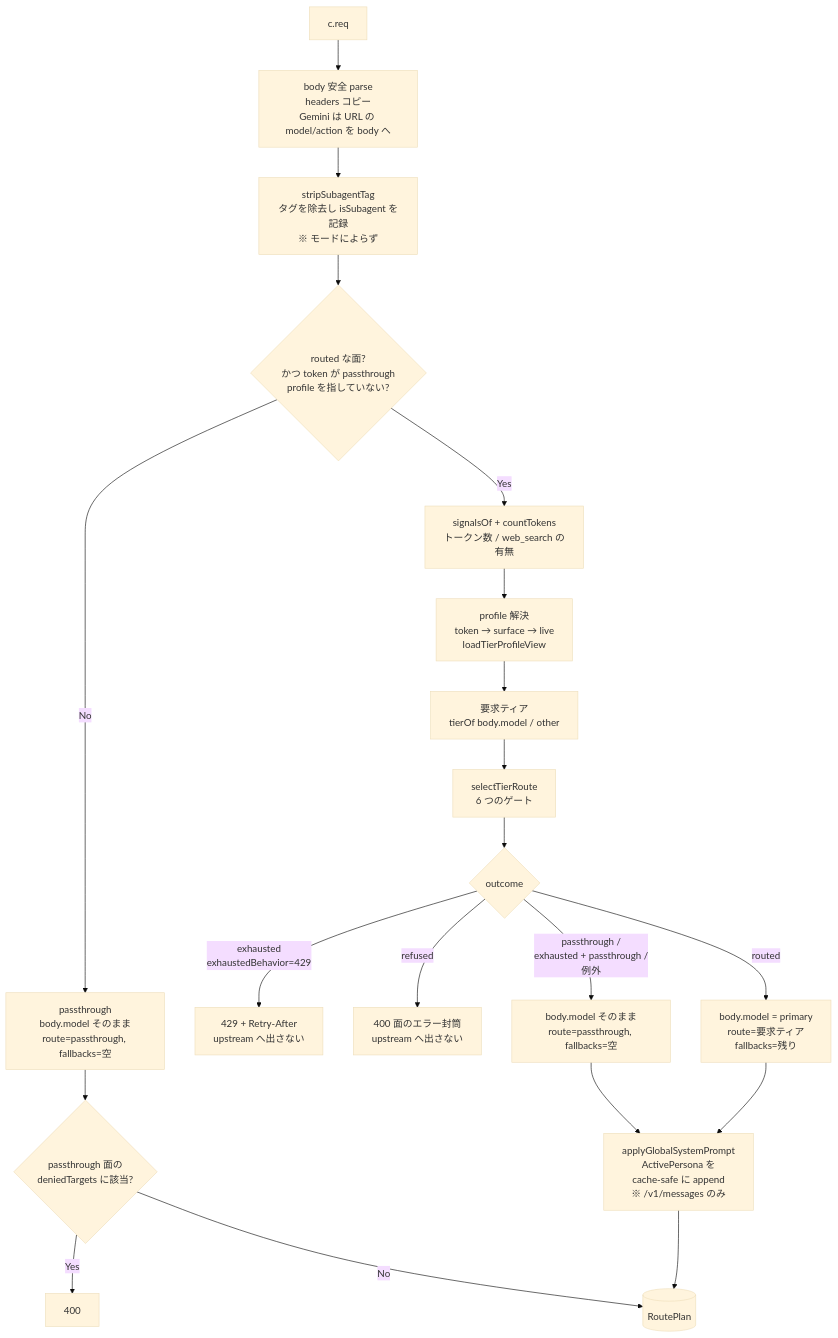
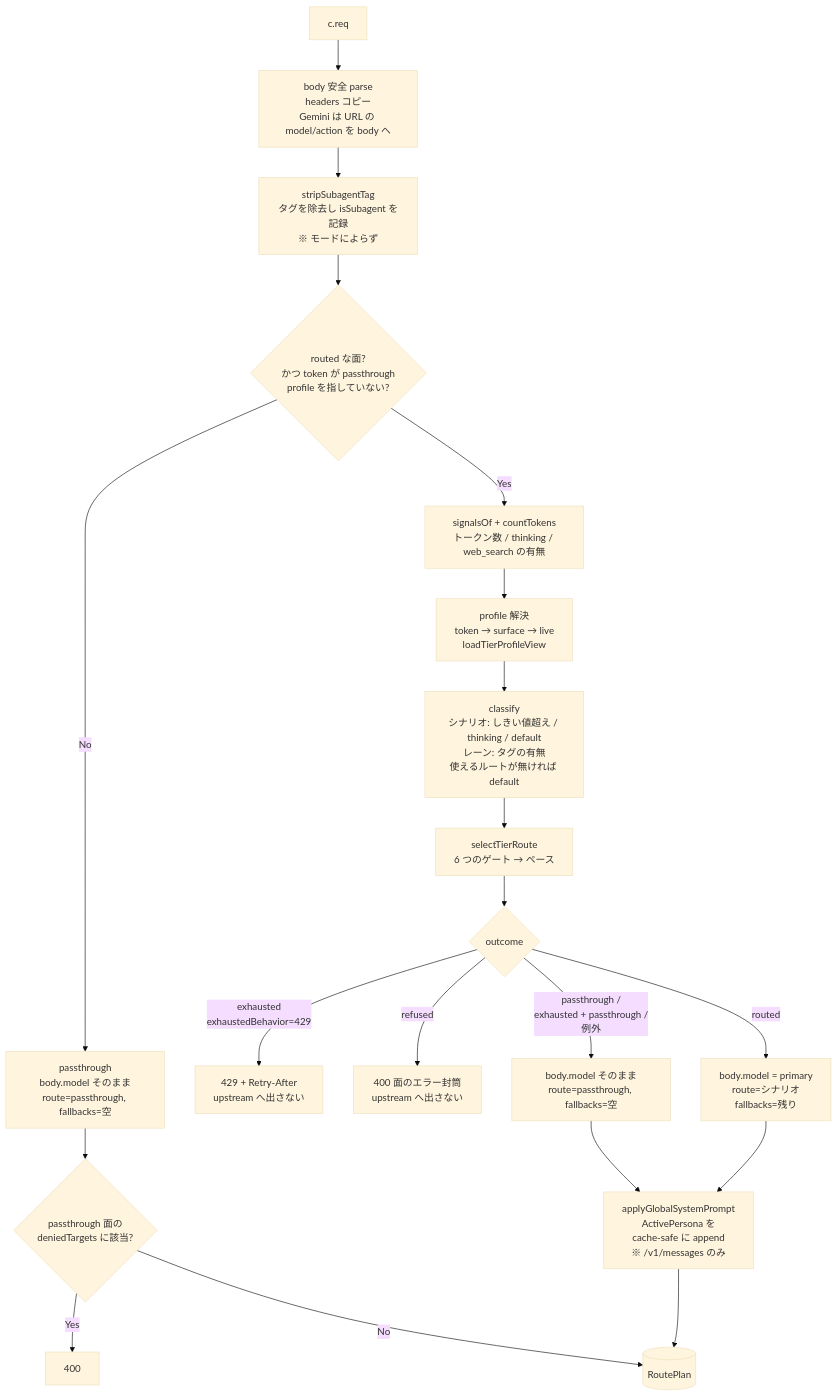
The tenth of 12 diagrams in docs/architecture/pipeline-overview.md (tkgstrator/rialto), drawn with Mermaid (base theme) before and after one commit. The commit also changed other lines of this file and 14 other files, not shown here.

````diff
--- a/docs/architecture/pipeline-overview.md
+++ b/docs/architecture/pipeline-overview.md
@@ -522,22 +527,22 @@
 ```mermaid
 flowchart TD
   R[c.req] --> PARSE[body 安全 parse<br/>headers コピー<br/>Gemini は URL の model/action を body へ]
   PARSE --> TAG[stripSubagentTag<br/>タグを除去し isSubagent を記録<br/>※ モードによらず]
   TAG --> MODE{routed な面?<br/>かつ token が passthrough<br/>profile を指していない?}
   MODE -- No --> PT[passthrough<br/>body.model そのまま<br/>route=passthrough, fallbacks=空]
-  MODE -- Yes --> TOK[signalsOf + countTokens<br/>トークン数 / web_search の有無]
+  MODE -- Yes --> TOK[signalsOf + countTokens<br/>トークン数 / thinking / web_search の有無]
   TOK --> PROF[profile 解決<br/>token → surface → live<br/>loadTierProfileView]
-  PROF --> TIER[要求ティア<br/>tierOf body.model / other]
-  TIER --> SEL[selectTierRoute<br/>6 つのゲート]
+  PROF --> SCN[classify<br/>シナリオ: しきい値超え / thinking / default<br/>レーン: タグの有無<br/>使えるルートが無ければ default]
+  SCN --> SEL[selectTierRoute<br/>6 つのゲート → ペース]
   SEL --> OUT{outcome}
   OUT -- exhausted<br/>exhaustedBehavior=429 --> R429[429 + Retry-After<br/>upstream へ出さない]
   OUT -- refused --> R400R[400 面のエラー封筒<br/>upstream へ出さない]
   OUT -- passthrough /<br/>exhausted + passthrough /<br/>例外 --> KEEP[body.model そのまま<br/>route=passthrough, fallbacks=空]
-  OUT -- routed --> RW[body.model = primary<br/>route=要求ティア<br/>fallbacks=残り]
+  OUT -- routed --> RW[body.model = primary<br/>route=シナリオ<br/>fallbacks=残り]
   KEEP --> PERSONA[applyGlobalSystemPrompt<br/>ActivePersona を<br/>cache-safe に append<br/>※ /v1/messages のみ]
   RW --> PERSONA
   PERSONA --> PLAN[(RoutePlan)]
   PT --> DENY{passthrough 面の<br/>deniedTargets に該当?}
   DENY -- Yes --> R400[400]
   DENY -- No --> PLAN
 ```
````
